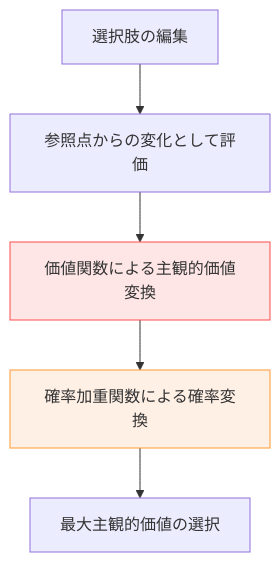
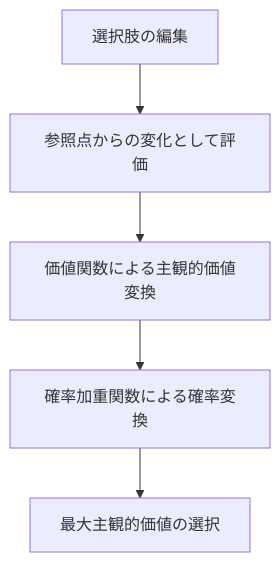
The third of 9 diagrams in docs/decision-making-guide/uncertainty.md (shuji-bonji/Situational-Awareness-and-Decision-Making), drawn with Mermaid before and after one commit. The commit also changed other lines of this file and 49 other files, not shown here.

Commit message:
fix: ダークモードで見づらい図の色の変更

````diff
--- a/docs/decision-making-guide/uncertainty.md
+++ b/docs/decision-making-guide/uncertainty.md
@@ -129,10 +129,10 @@
     ```mermaid
     graph TB
         A[選択肢の編集] --> B[参照点からの変化として評価]
         B --> C[価値関数による主観的価値変換]
         C --> D[確率加重関数による確率変換]
         D --> E[最大主観的価値の選択]
         
-        style C fill:#ffe6e6,stroke:#ff4d4d
-        style D fill:#fff0e6,stroke:#ff9933
+    
+    
     ```
````
